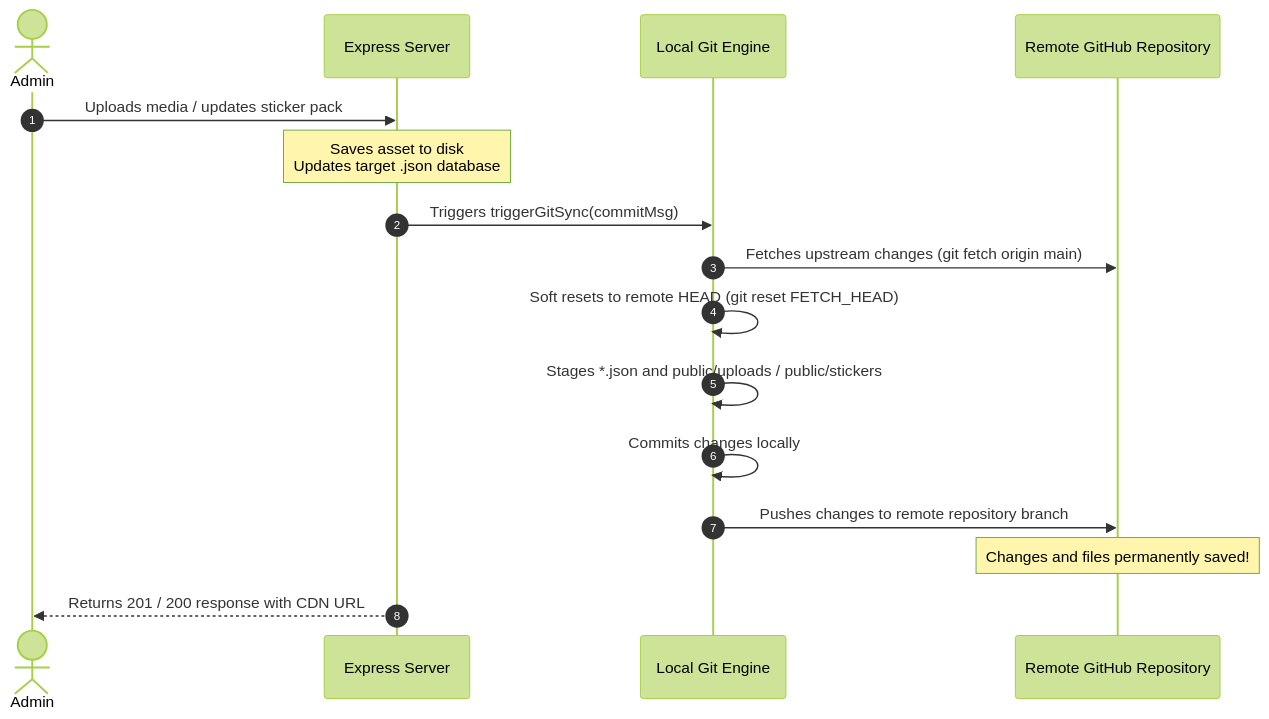
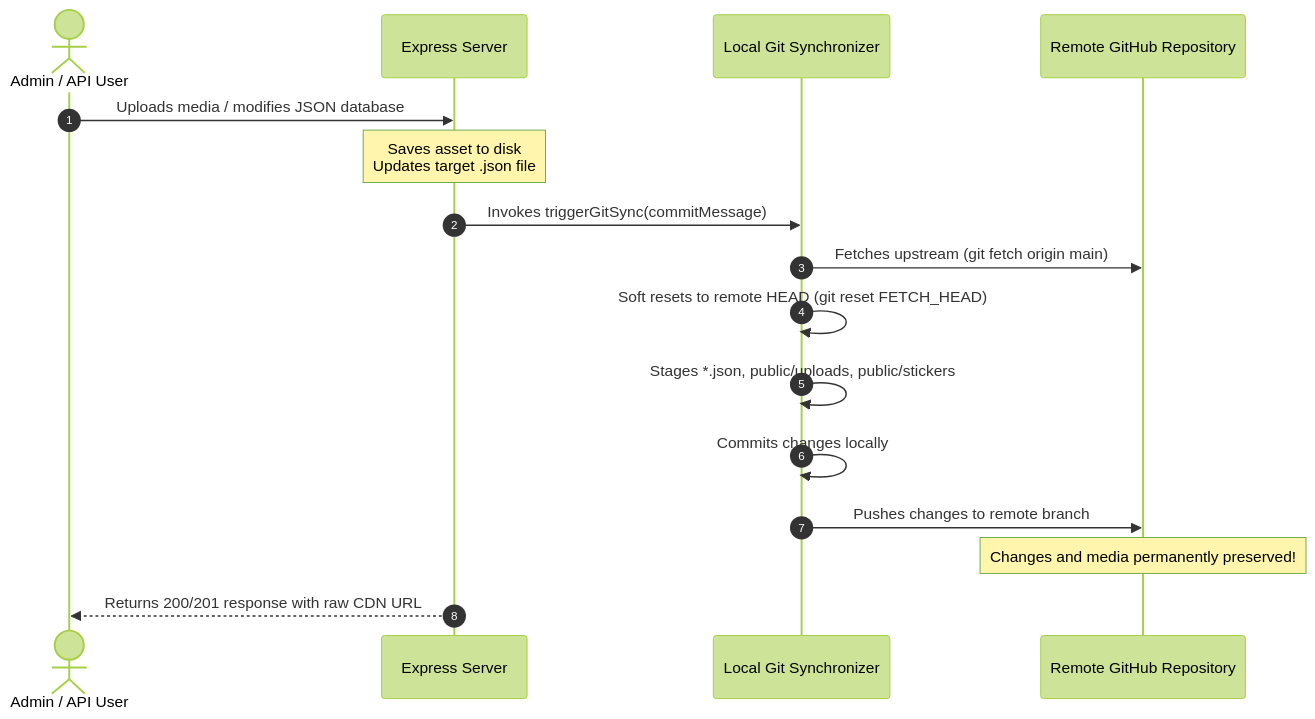
The third of 4 diagrams in README.md (satyakiran29/Anify_Server), drawn with Mermaid (forest theme) before and after one commit. The commit also changed other lines of this file, not shown here.

````diff
--- a/README.md
+++ b/README.md
@@ -396,19 +514,19 @@
 ```mermaid
 sequenceDiagram
     autonumber
-    actor Admin
+    actor Admin as Admin / API User
     participant Server as Express Server
-    participant Git as Local Git Engine
+    participant Git as Local Git Synchronizer
     participant GitHub as Remote GitHub Repository
 
-    Admin->>Server: Uploads media / updates sticker pack
-    Note over Server: Saves asset to disk<br/>Updates target .json database
-    Server->>Git: Triggers triggerGitSync(commitMsg)
-    Git->>GitHub: Fetches upstream changes (git fetch origin main)
+    Admin->>Server: Uploads media / modifies JSON database
+    Note over Server: Saves asset to disk<br/>Updates target .json file
+    Server->>Git: Invokes triggerGitSync(commitMessage)
+    Git->>GitHub: Fetches upstream (git fetch origin main)
     Git->>Git: Soft resets to remote HEAD (git reset FETCH_HEAD)
-    Git->>Git: Stages *.json and public/uploads / public/stickers
+    Git->>Git: Stages *.json, public/uploads, public/stickers
     Git->>Git: Commits changes locally
-    Git->>GitHub: Pushes changes to remote repository branch
-    Note over GitHub: Changes and files permanently saved!
-    Server-->>Admin: Returns 201 / 200 response with CDN URL
+    Git->>GitHub: Pushes changes to remote branch
+    Note over GitHub: Changes and media permanently preserved!
+    Server-->>Admin: Returns 200/201 response with raw CDN URL
 ```
````
